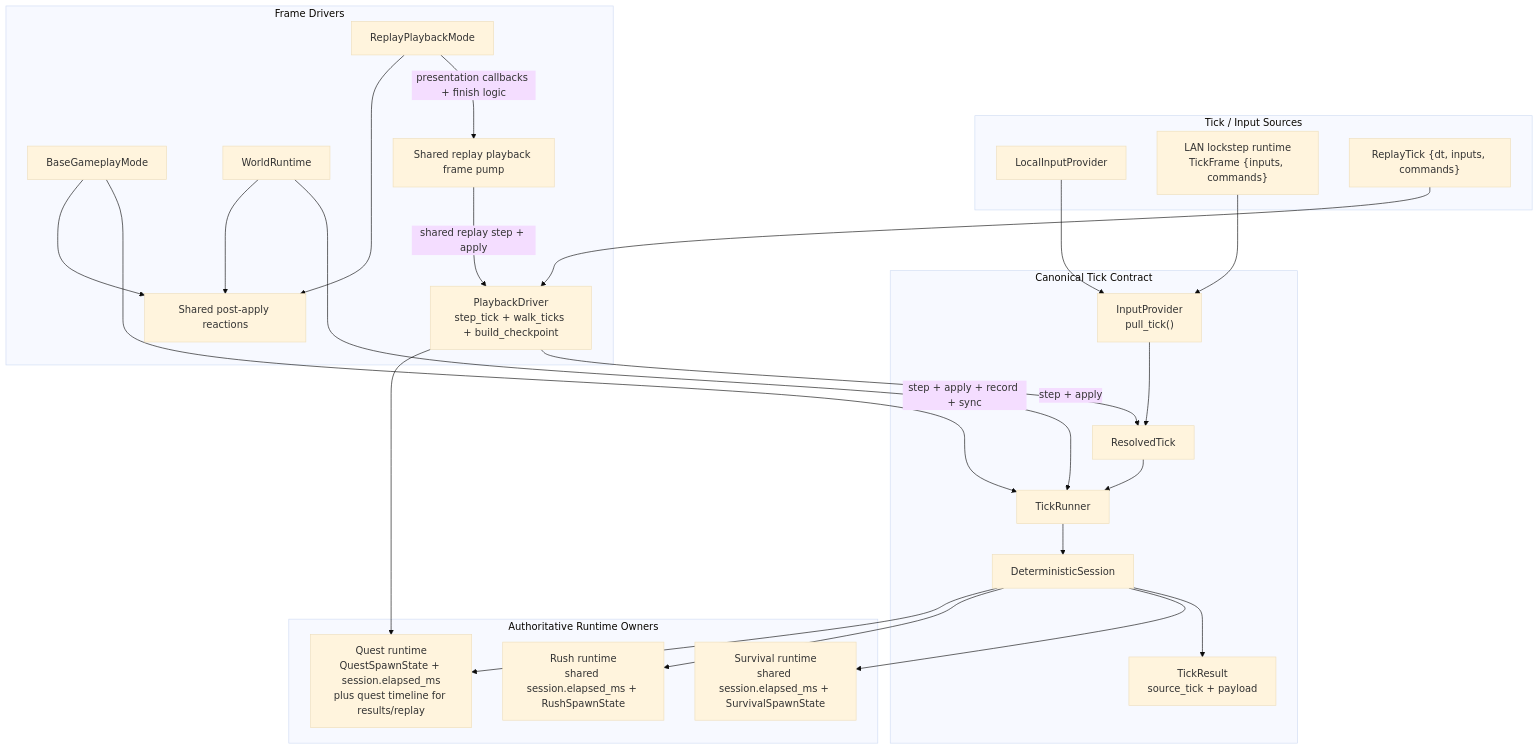
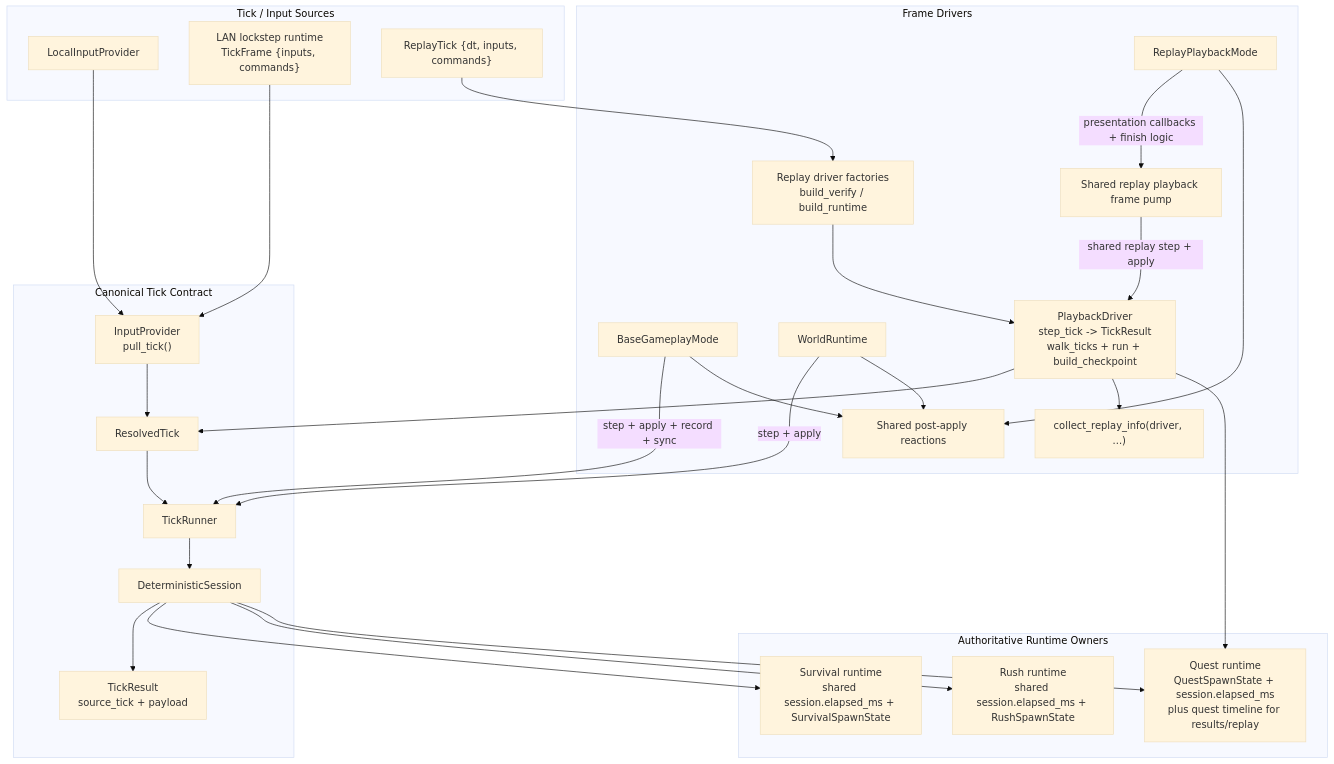
The first of 2 diagrams in split_brain.md (banteg/crimson), drawn with Mermaid (base theme) before and after one commit. The commit also changed other lines of this file and 23 other files, not shown here.

Commit message:
refactor: converge replay driver on tick results

````diff
--- a/split_brain.md
+++ b/split_brain.md
@@ -58,49 +60,52 @@
 ```mermaid
 flowchart TD
     subgraph Sources["Tick / Input Sources"]
         Local["LocalInputProvider"]
         Lan["LAN lockstep runtime<br/>TickFrame {inputs, commands}"]
         Replay["ReplayTick {dt, inputs, commands}"]
     end
 
     subgraph TickContract["Canonical Tick Contract"]
         Provider["InputProvider<br/>pull_tick()"]
         Tick["ResolvedTick"]
         Runner["TickRunner"]
         Session["DeterministicSession"]
         Result["TickResult<br/>source_tick + payload"]
     end
 
     subgraph StateOwners["Authoritative Runtime Owners"]
         SurvivalState["Survival runtime<br/>shared session.elapsed_ms + SurvivalSpawnState"]
         RushState["Rush runtime<br/>shared session.elapsed_ms + RushSpawnState"]
         QuestState["Quest runtime<br/>QuestSpawnState + session.elapsed_ms<br/>plus quest timeline for results/replay"]
     end
 
     subgraph Drivers["Frame Drivers"]
         Base["BaseGameplayMode"]
         World["WorldRuntime"]
         ReplayMode["ReplayPlaybackMode"]
         ReplayPump["Shared replay playback frame pump"]
-        Playback["PlaybackDriver<br/>step_tick + walk_ticks + build_checkpoint"]
+        Playback["PlaybackDriver<br/>step_tick -> TickResult<br/>walk_ticks + run + build_checkpoint"]
+        ReplayFactories["Replay driver factories<br/>build_verify / build_runtime"]
+        ReplayInfo["collect_replay_info(driver, ...)"]
         PostApply["Shared post-apply reactions"]
     end
 
     Local --> Provider
     Lan --> Provider
     Provider --> Tick --> Runner --> Session --> Result
-    Replay --> Playback --> Tick
+    Replay --> ReplayFactories --> Playback --> Tick
 
     Session --> SurvivalState
     Session --> RushState
     Session --> QuestState
 
     Base -->|step + apply + record + sync| Runner
     World -->|step + apply| Runner
     ReplayMode -->|presentation callbacks + finish logic| ReplayPump
     ReplayPump -->|shared replay step + apply| Playback
+    Playback --> ReplayInfo
     Base --> PostApply
     World --> PostApply
     ReplayMode --> PostApply
     Playback --> QuestState
 ```
````
